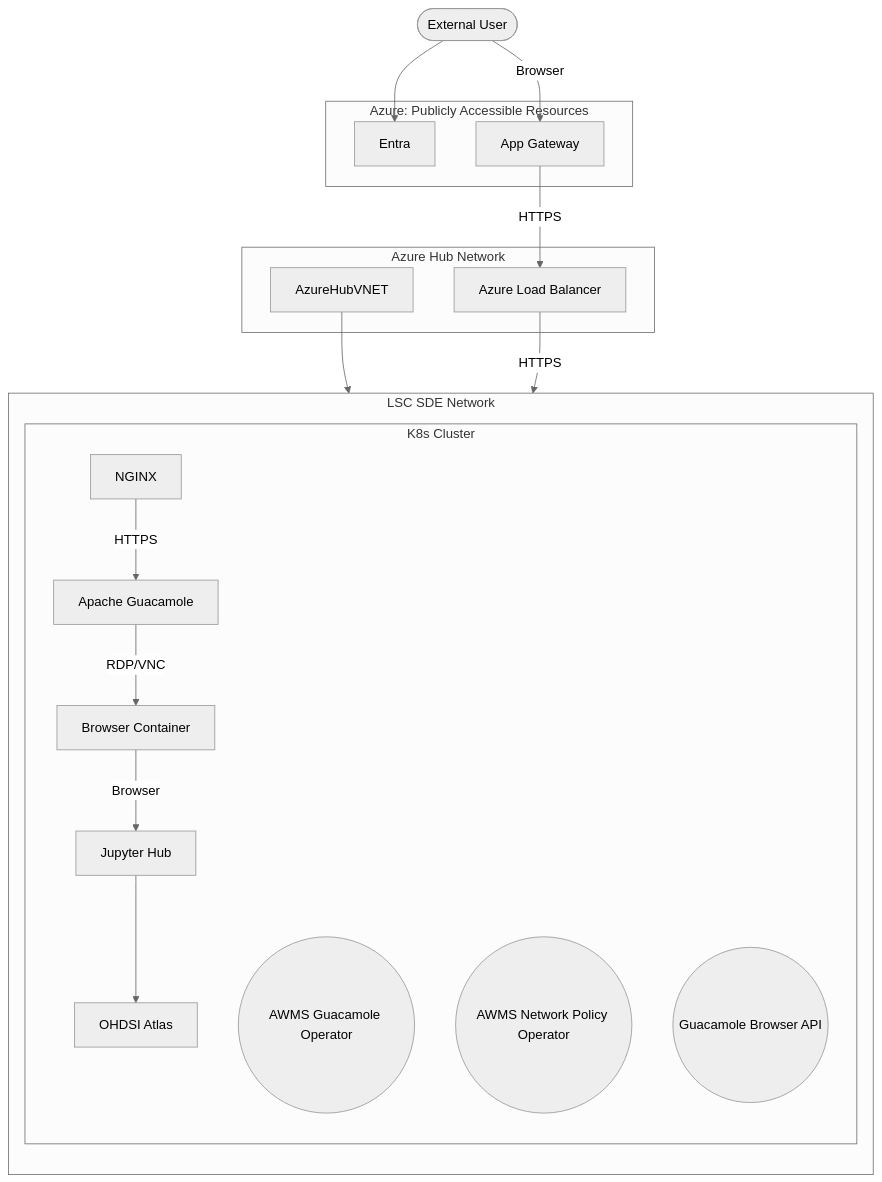
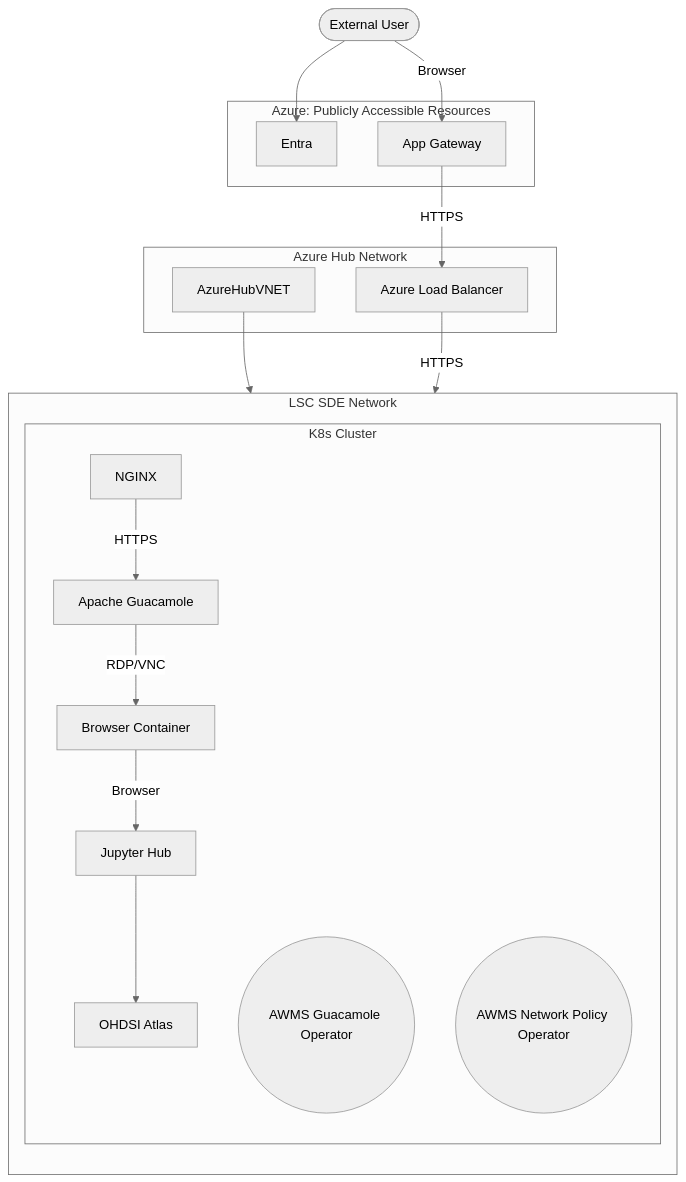
Before and after one commit to lsc-sde/lsc-sde: the second of 2 diagrams in about/Secure-Data-Environment/External-Access-5.md, drawn with Mermaid (neutral theme).

````diff
--- a/about/Secure-Data-Environment/External-Access-5.md
+++ b/about/Secure-Data-Environment/External-Access-5.md
@@ -35,32 +35,31 @@
 ```mermaid
 flowchart TB
     
     subgraph azpublic [Azure: Publicly Accessible Resources]
         Entra
         AppGW[App Gateway]
     end
     subgraph AzureHub [Azure Hub Network]
         AzureHubVNET
         LB[Azure Load Balancer]
     end
 
     subgraph LSCSDE [LSC SDE Network]
        direction TB       
        subgraph K8s[K8s Cluster]
           NGINX
           Operator1((AWMS Guacamole Operator))
           Operator2((AWMS Network Policy Operator))
-          BrowserAPI((Guacamole Browser API))
           Jupyter[Jupyter Hub] --> ATLAS[OHDSI Atlas]
           Guacamole[Apache Guacamole]
           DevVM[Browser Container]
        end
 
     end
 
     AzureHubVNET --> Jupyter
     DevVM --> |Browser| Jupyter
     
     ExternalUser([External User]) --> |Browser| AppGW --> |HTTPS| LB --> |HTTPS| NGINX--> |HTTPS|Guacamole --> |RDP/VNC| DevVM
     ExternalUser --> Entra
 ```
````
